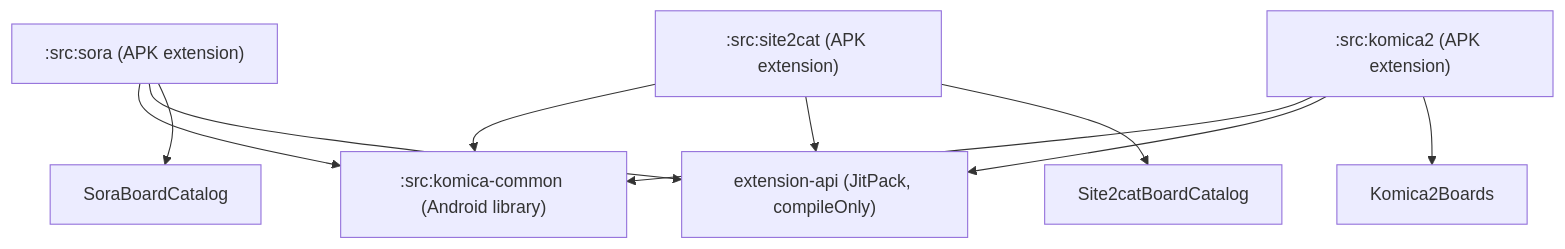
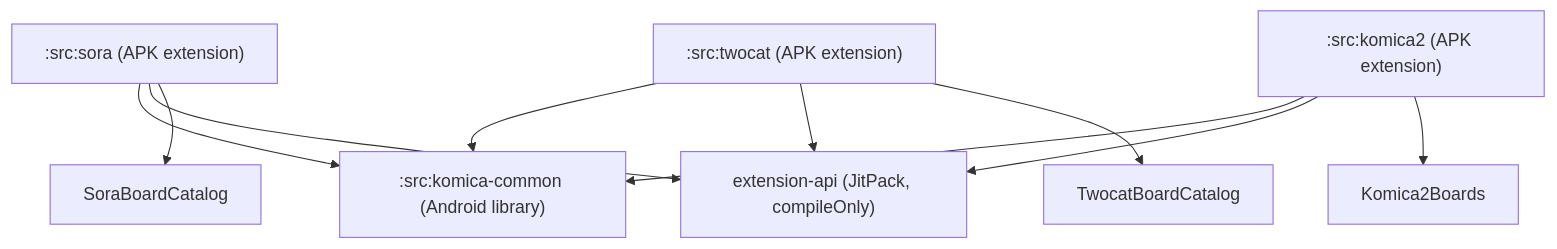
The diagram in src/komica-common/README.md (komicaviewer/extensions-source), drawn with Mermaid before and after one commit. The commit also changed other lines of this file and 33 other files, not shown here.

First line of the commit message:
refactor(twocat): 將 site2cat 擴充正式改名

````diff
--- a/src/komica-common/README.md
+++ b/src/komica-common/README.md
@@ -34,21 +34,21 @@
 ```mermaid
 graph TD
     extension-api["extension-api (JitPack, compileOnly)"]
     komica-common[":src:komica-common (Android library)"]
     sora[":src:sora (APK extension)"]
-    site2cat[":src:site2cat (APK extension)"]
+    twocat[":src:twocat (APK extension)"]
     komica2[":src:komica2 (APK extension)"]
     soraBoards["SoraBoardCatalog"]
-    site2catBoards["Site2catBoardCatalog"]
+    twocatBoards["TwocatBoardCatalog"]
     komica2Boards["Komica2Boards"]
 
     sora --> komica-common
-    site2cat --> komica-common
+    twocat --> komica-common
     komica2 --> komica-common
     sora --> extension-api
-    site2cat --> extension-api
+    twocat --> extension-api
     komica2 --> extension-api
     sora --> soraBoards
-    site2cat --> site2catBoards
+    twocat --> twocatBoards
     komica2 --> komica2Boards
 ```
````
